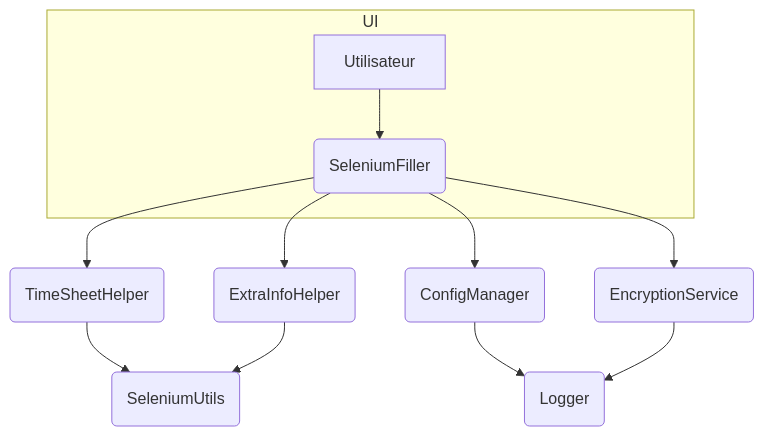
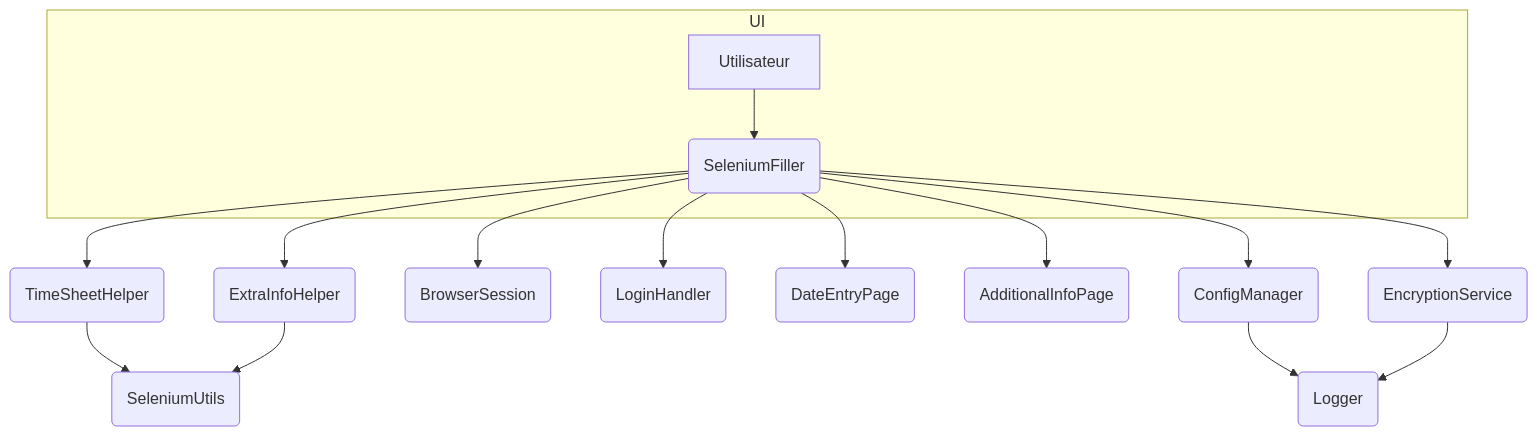
One commit to Fr3doo/sele_saisie_auto changed the diagram in README.md. Above: the diagram before and after it, drawn with Mermaid. The commit also changed 2 other files, not shown here.

Commit message:
docs: update agent list and diagrams

````diff
--- a/README.md
+++ b/README.md
@@ -108,14 +108,18 @@
 ```mermaid
 graph TD
   subgraph UI
     A[Utilisateur] --> B(SeleniumFiller)
   end
   B --> C(TimeSheetHelper)
   B --> D(ExtraInfoHelper)
+  B --> X(BrowserSession)
+  B --> Y(LoginHandler)
+  B --> Z(DateEntryPage)
+  B --> AA(AdditionalInfoPage)
   B --> E(ConfigManager)
   B --> F(EncryptionService)
   C --> G(SeleniumUtils)
   D --> G
   E --> H(Logger)
   F --> H
 ```
````
